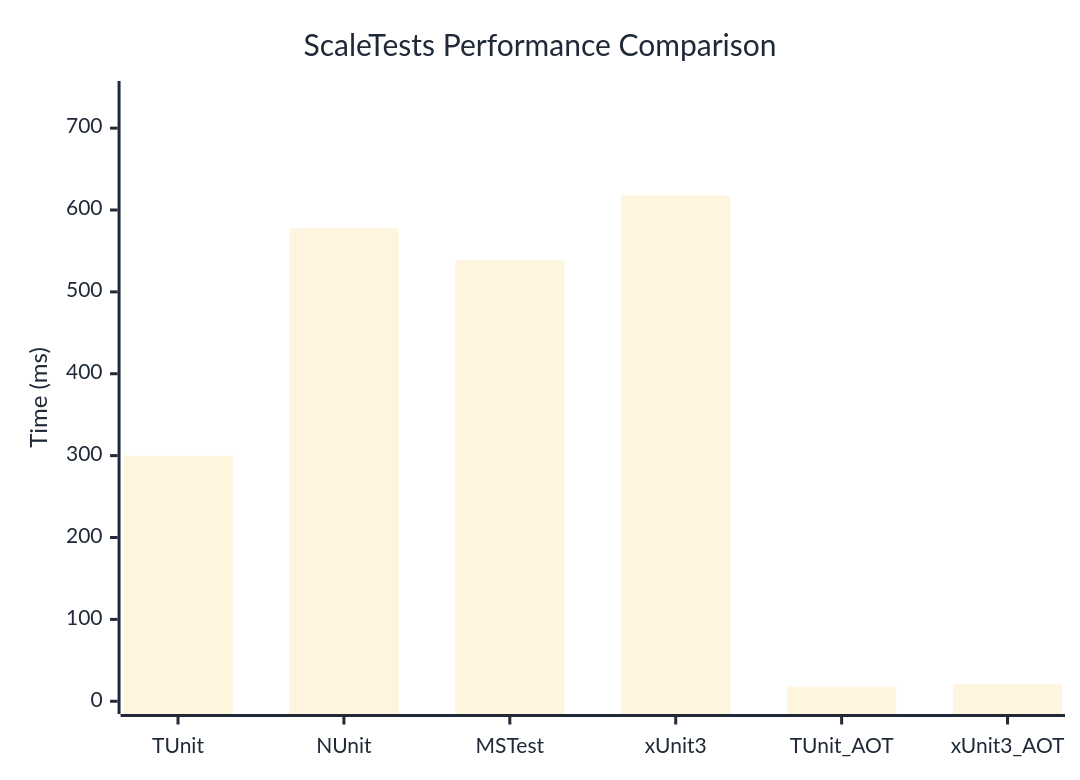
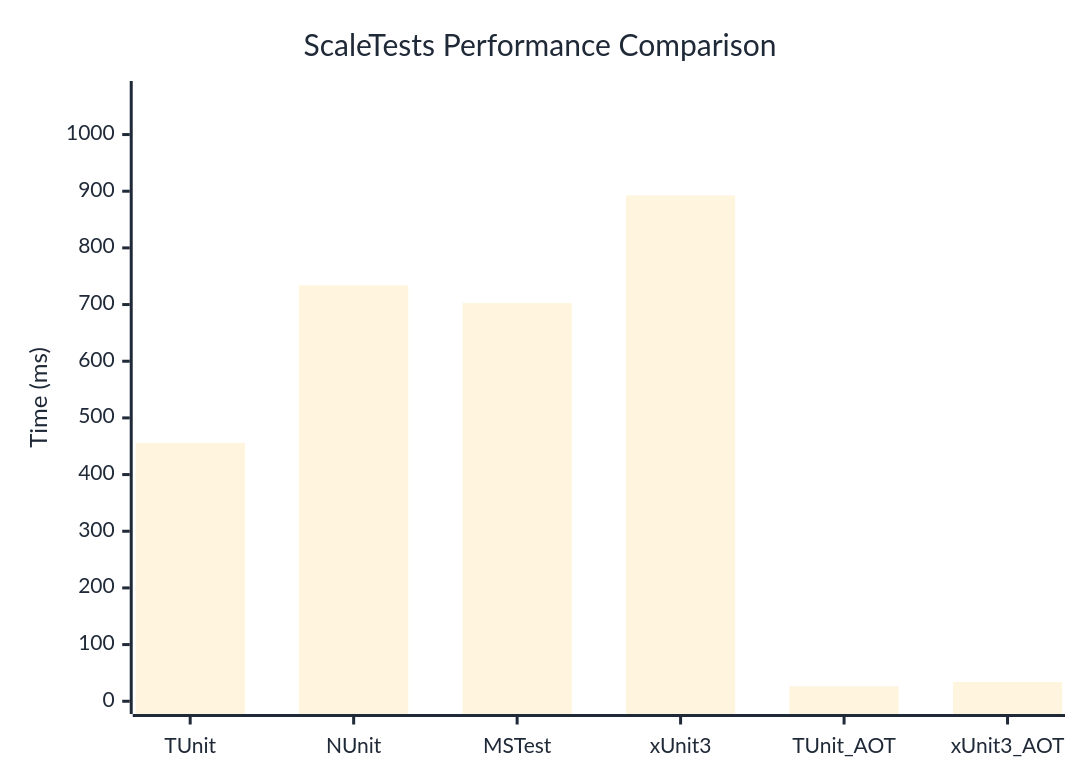
Before and after one commit to thomhurst/TUnit: the diagram in docs/docs/benchmarks/engine/ScaleTests.md, drawn with Mermaid. The commit also changed other lines of this file and 18 other files, not shown here.

````diff
--- a/docs/docs/benchmarks/engine/ScaleTests.md
+++ b/docs/docs/benchmarks/engine/ScaleTests.md
@@ -30,37 +30,37 @@
 ```mermaid
 %%{init: {
   'theme':'base',
   'themeVariables': {
     'primaryColor': '#2563eb',
     'primaryTextColor': '#1f2937',
     'primaryBorderColor': '#1e40af',
     'lineColor': '#6b7280',
     'secondaryColor': '#7c3aed',
     'tertiaryColor': '#dc2626',
     'background': '#ffffff',
     'mainBkg': '#2563eb',
     'secondBkg': '#7c3aed',
     'tertiaryBkg': '#dc2626',
     'clusterBkg': '#f3f4f6',
     'edgeLabelBackground': '#ffffff',
     'tertiaryTextColor': '#1f2937',
     'pie1': '#2563eb',
     'pie2': '#7c3aed',
     'pie3': '#dc2626',
     'pie4': '#f59e0b',
     'pie5': '#10b981',
     'pie6': '#06b6d4',
     'pie7': '#ec4899',
     'pie8': '#6366f1',
     'pie9': '#84cc16',
     'pie10': '#f97316',
     'pie11': '#14b8a6',
     'pie12': '#a855f7'
   }
 }}%%
 xychart-beta
   title "ScaleTests Performance Comparison"
   x-axis ["TUnit", "NUnit", "MSTest", "xUnit3", "TUnit_AOT", "xUnit3_AOT"]
-  y-axis "Time (ms)" 0 --> 742
-  bar [299.85, 577.67, 538.3, 617.79, 17.77, 20.37]
+  y-axis "Time (ms)" 0 --> 1072
+  bar [455.88, 733.9, 702.74, 892.54, 26.41, 33.95]
 ```
````
